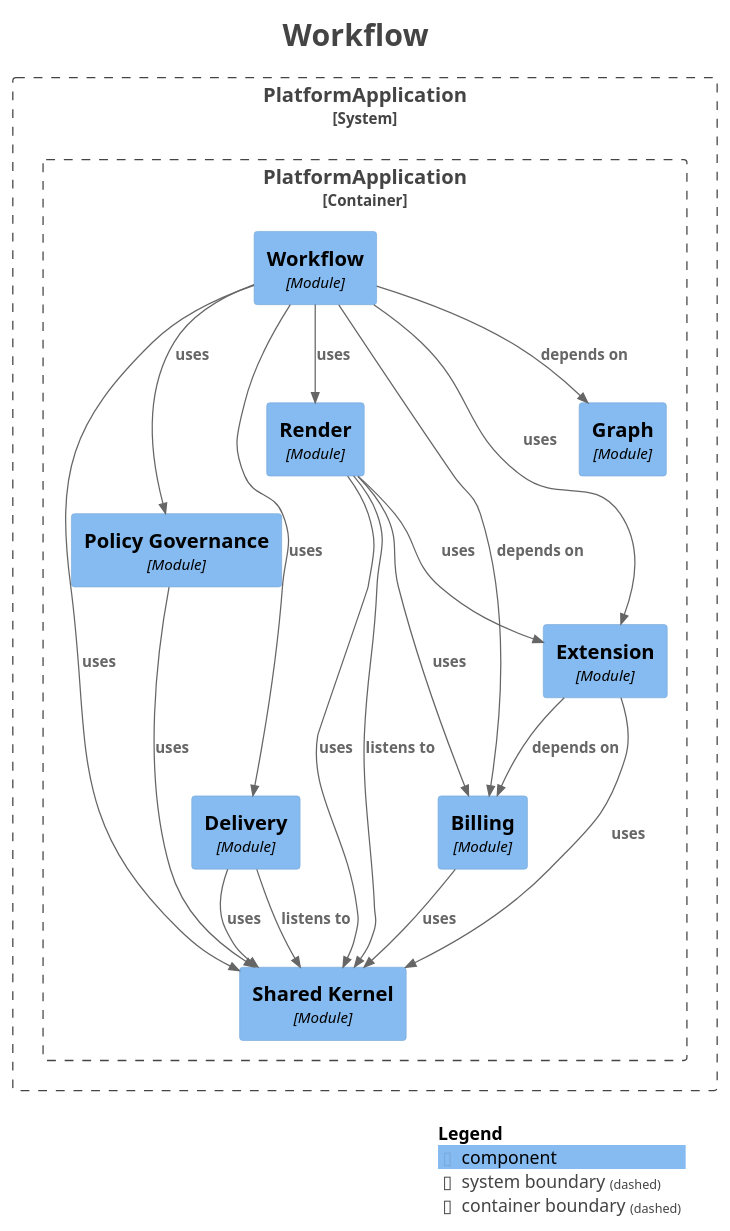
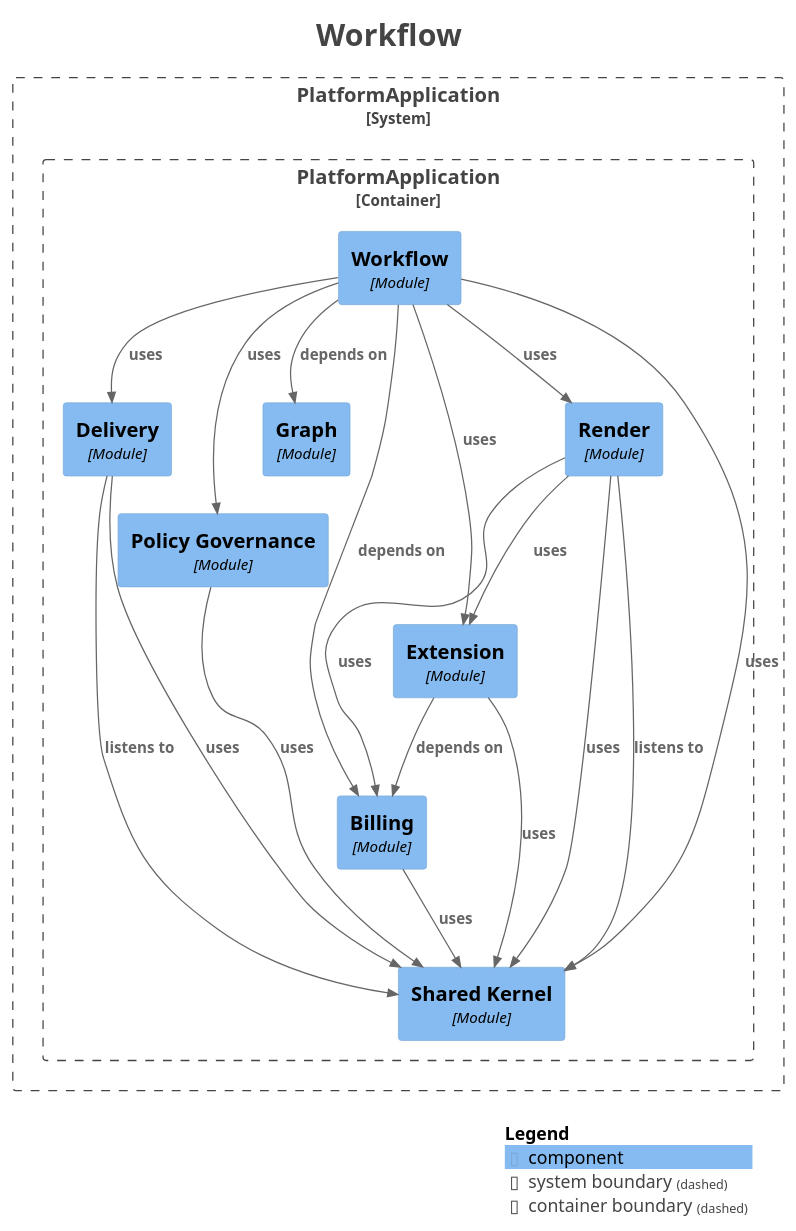
Before and after one commit to shangxq007/media-platform: the diagram in platform-app/docs/architecture/maps/generated/modulith/module-workflow.puml, drawn with PlantUML. The commit also changed other lines of this file and 43 other files, not shown here.

```diff
--- a/platform-app/docs/architecture/maps/generated/modulith/module-workflow.puml
+++ b/platform-app/docs/architecture/maps/generated/modulith/module-workflow.puml
@@ -1,52 +1,52 @@
 @startuml
 title <size:24>Workflow</size>
 
 set separator none
 top to bottom direction
 
 <style>
   root {
     BackgroundColor: #ffffff
     FontColor: #444444
   }
 </style>
 
 !include <C4/C4>
 !include <C4/C4_Context>
 !include <C4/C4_Component>
 
 System_Boundary("PlatformApplication_boundary", "PlatformApplication", $tags="") {
   Container_Boundary("PlatformApplication.PlatformApplication_boundary", "PlatformApplication", $tags="") {
-    Component(PlatformApplication.PlatformApplication.SharedKernel, "Shared Kernel", $techn="Module", $descr="", $tags="", $link="")
-    Component(PlatformApplication.PlatformApplication.PolicyGovernance, "Policy Governance", $techn="Module", $descr="", $tags="", $link="")
-    Component(PlatformApplication.PlatformApplication.Billing, "Billing", $techn="Module", $descr="", $tags="", $link="")
     Component(PlatformApplication.PlatformApplication.Delivery, "Delivery", $techn="Module", $descr="", $tags="", $link="")
     Component(PlatformApplication.PlatformApplication.Extension, "Extension", $techn="Module", $descr="", $tags="", $link="")
+    Component(PlatformApplication.PlatformApplication.Graph, "Graph", $techn="Module", $descr="", $tags="", $link="")
+    Component(PlatformApplication.PlatformApplication.PolicyGovernance, "Policy Governance", $techn="Module", $descr="", $tags="", $link="")
     Component(PlatformApplication.PlatformApplication.Render, "Render", $techn="Module", $descr="", $tags="", $link="")
+    Component(PlatformApplication.PlatformApplication.SharedKernel, "Shared Kernel", $techn="Module", $descr="", $tags="", $link="")
     Component(PlatformApplication.PlatformApplication.Workflow, "Workflow", $techn="Module", $descr="", $tags="", $link="")
-    Component(PlatformApplication.PlatformApplication.Graph, "Graph", $techn="Module", $descr="", $tags="", $link="")
+    Component(PlatformApplication.PlatformApplication.Billing, "Billing", $techn="Module", $descr="", $tags="", $link="")
   }
 
 }
 
+Rel(PlatformApplication.PlatformApplication.Billing, PlatformApplication.PlatformApplication.SharedKernel, "uses", $techn="", $tags="", $link="")
+Rel(PlatformApplication.PlatformApplication.Delivery, PlatformApplication.PlatformApplication.SharedKernel, "listens to", $techn="", $tags="", $link="")
+Rel(PlatformApplication.PlatformApplication.Delivery, PlatformApplication.PlatformApplication.SharedKernel, "uses", $techn="", $tags="", $link="")
+Rel(PlatformApplication.PlatformApplication.Render, PlatformApplication.PlatformApplication.SharedKernel, "listens to", $techn="", $tags="", $link="")
+Rel(PlatformApplication.PlatformApplication.Render, PlatformApplication.PlatformApplication.Billing, "uses", $techn="", $tags="", $link="")
+Rel(PlatformApplication.PlatformApplication.Render, PlatformApplication.PlatformApplication.Extension, "uses", $techn="", $tags="", $link="")
+Rel(PlatformApplication.PlatformApplication.Render, PlatformApplication.PlatformApplication.SharedKernel, "uses", $techn="", $tags="", $link="")
+Rel(PlatformApplication.PlatformApplication.PolicyGovernance, PlatformApplication.PlatformApplication.SharedKernel, "uses", $techn="", $tags="", $link="")
 Rel(PlatformApplication.PlatformApplication.Workflow, PlatformApplication.PlatformApplication.Graph, "depends on", $techn="", $tags="", $link="")
 Rel(PlatformApplication.PlatformApplication.Workflow, PlatformApplication.PlatformApplication.Billing, "depends on", $techn="", $tags="", $link="")
 Rel(PlatformApplication.PlatformApplication.Workflow, PlatformApplication.PlatformApplication.Render, "uses", $techn="", $tags="", $link="")
 Rel(PlatformApplication.PlatformApplication.Workflow, PlatformApplication.PlatformApplication.SharedKernel, "uses", $techn="", $tags="", $link="")
 Rel(PlatformApplication.PlatformApplication.Workflow, PlatformApplication.PlatformApplication.PolicyGovernance, "uses", $techn="", $tags="", $link="")
 Rel(PlatformApplication.PlatformApplication.Workflow, PlatformApplication.PlatformApplication.Delivery, "uses", $techn="", $tags="", $link="")
 Rel(PlatformApplication.PlatformApplication.Workflow, PlatformApplication.PlatformApplication.Extension, "uses", $techn="", $tags="", $link="")
-Rel(PlatformApplication.PlatformApplication.PolicyGovernance, PlatformApplication.PlatformApplication.SharedKernel, "uses", $techn="", $tags="", $link="")
-Rel(PlatformApplication.PlatformApplication.Delivery, PlatformApplication.PlatformApplication.SharedKernel, "listens to", $techn="", $tags="", $link="")
-Rel(PlatformApplication.PlatformApplication.Delivery, PlatformApplication.PlatformApplication.SharedKernel, "uses", $techn="", $tags="", $link="")
 Rel(PlatformApplication.PlatformApplication.Extension, PlatformApplication.PlatformApplication.Billing, "depends on", $techn="", $tags="", $link="")
 Rel(PlatformApplication.PlatformApplication.Extension, PlatformApplication.PlatformApplication.SharedKernel, "uses", $techn="", $tags="", $link="")
-Rel(PlatformApplication.PlatformApplication.Render, PlatformApplication.PlatformApplication.SharedKernel, "listens to", $techn="", $tags="", $link="")
-Rel(PlatformApplication.PlatformApplication.Render, PlatformApplication.PlatformApplication.SharedKernel, "uses", $techn="", $tags="", $link="")
-Rel(PlatformApplication.PlatformApplication.Render, PlatformApplication.PlatformApplication.Billing, "uses", $techn="", $tags="", $link="")
-Rel(PlatformApplication.PlatformApplication.Render, PlatformApplication.PlatformApplication.Extension, "uses", $techn="", $tags="", $link="")
-Rel(PlatformApplication.PlatformApplication.Billing, PlatformApplication.PlatformApplication.SharedKernel, "uses", $techn="", $tags="", $link="")
 
 SHOW_LEGEND(true)
 hide stereotypes
 @enduml
```
